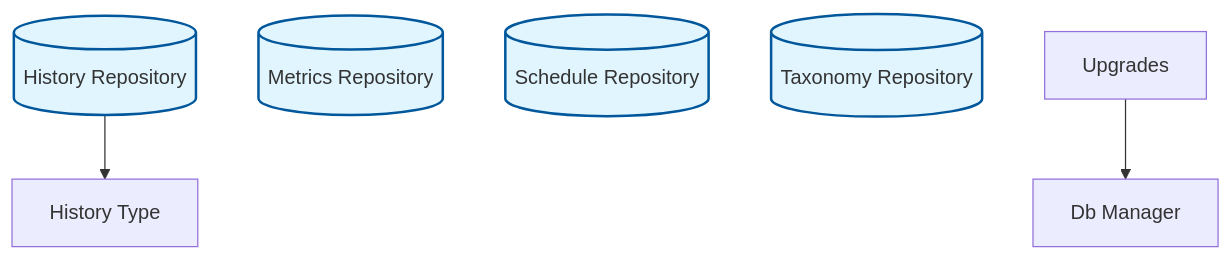
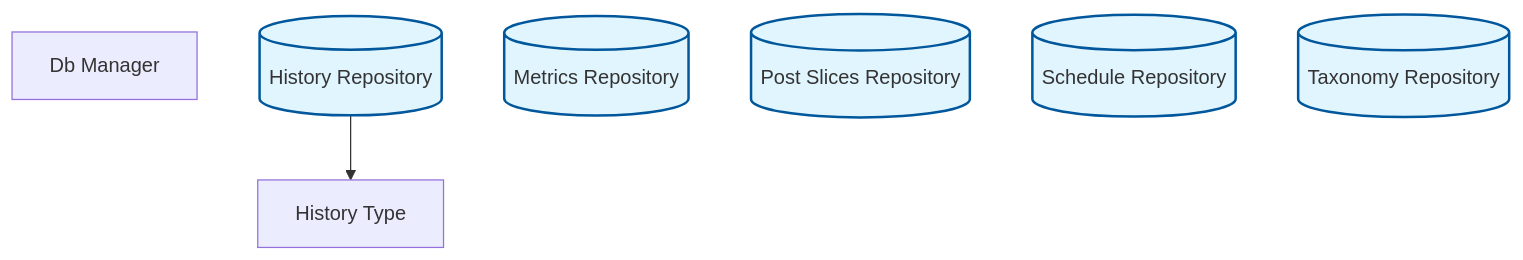
One commit to rpnunez/wp-ai-scheduler changed diagram 15 of 19 in docs/feature-report.md. Above: the diagram before and after it, drawn with Mermaid. The commit also changed other lines of this file and 1 other file, not shown here.

````diff
--- a/docs/feature-report.md
+++ b/docs/feature-report.md
@@ -774,20 +794,19 @@
 ```mermaid
 flowchart TD
     %% Database & Repositories Architecture
 
     DB_Manager["Db Manager"]
     History_Repository[("History Repository")]
     History_Type["History Type"]
     Metrics_Repository[("Metrics Repository")]
+    Post_Slices_Repository[("Post Slices Repository")]
     Schedule_Repository[("Schedule Repository")]
     Taxonomy_Repository[("Taxonomy Repository")]
-    Upgrades["Upgrades"]
 
     History_Repository --> History_Type
-    Upgrades --> DB_Manager
 
     classDef repository fill:#e1f5ff,stroke:#01579b,stroke-width:2px
     classDef service fill:#fff3e0,stroke:#e65100,stroke-width:2px
     classDef controller fill:#f3e5f5,stroke:#4a148c,stroke-width:2px
-    class History_Repository,Metrics_Repository,Schedule_Repository,Taxonomy_Repository repository
+    class History_Repository,Metrics_Repository,Post_Slices_Repository,Schedule_Repository,Taxonomy_Repository repository
 ```
````
